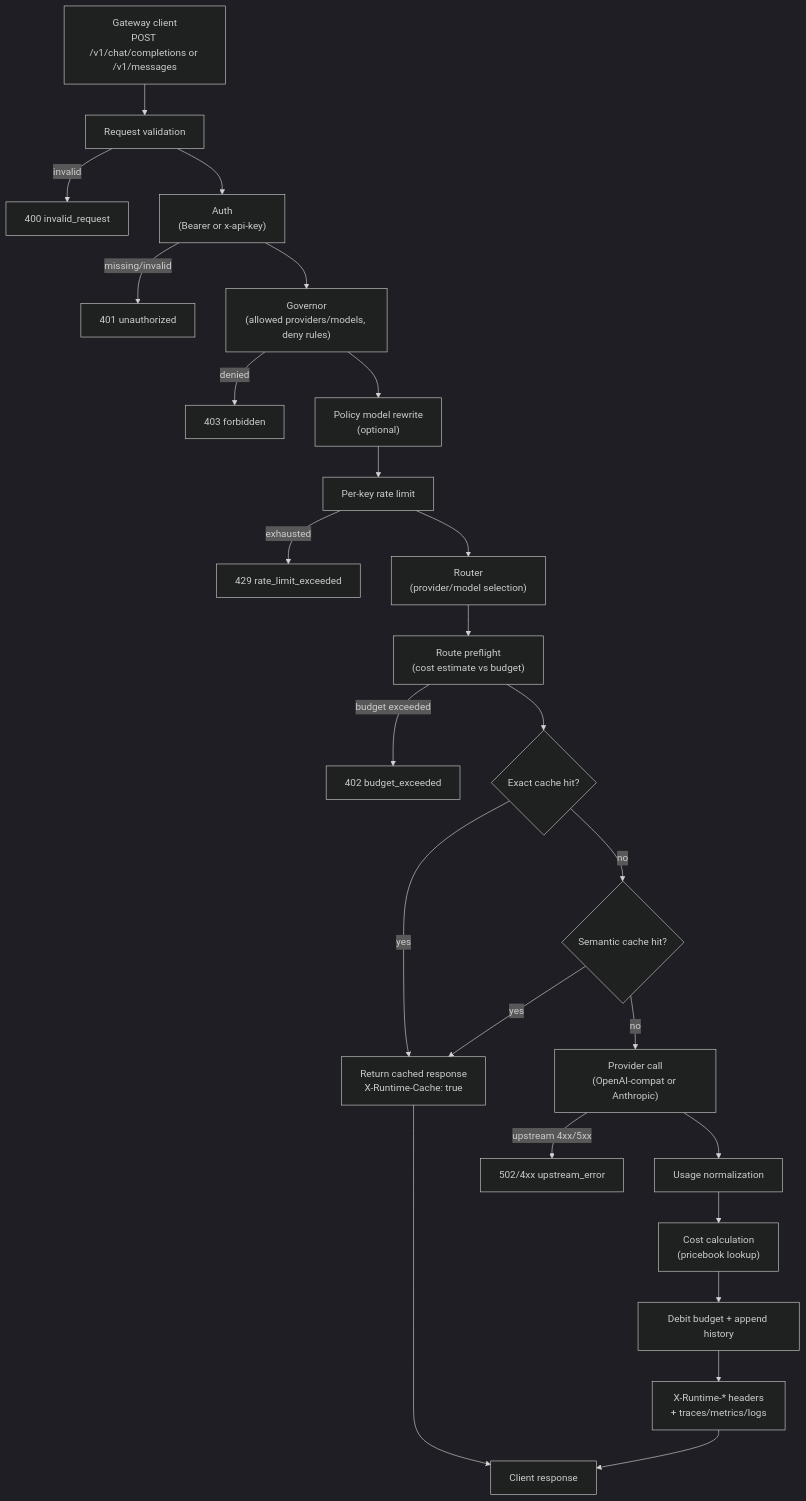
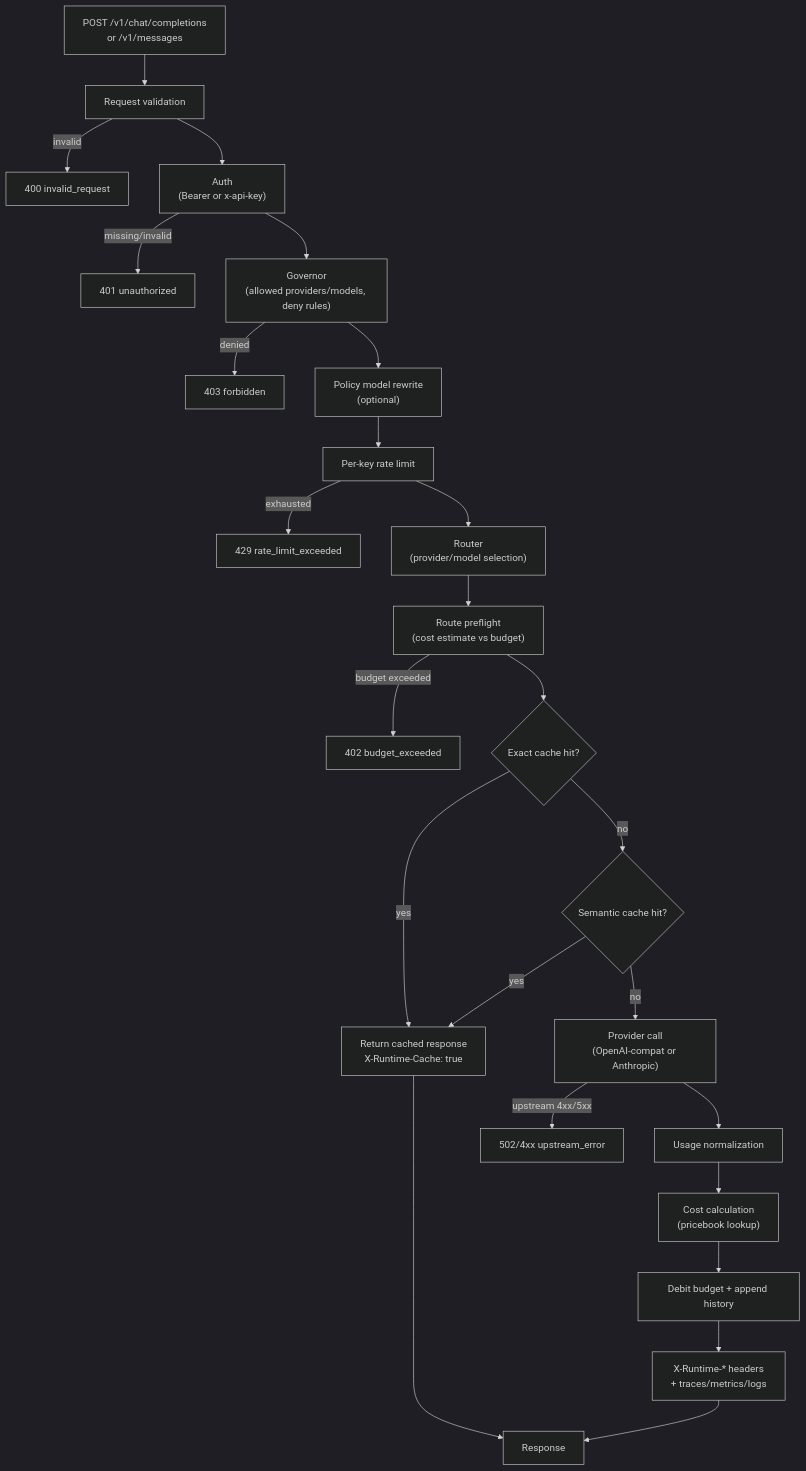
Before and after one commit to hecatehq/hecate: the first of 3 diagrams in docs/architecture.md, drawn with Mermaid (dark theme). The commit also changed other lines of this file and 3 other files, not shown here.

````diff
--- a/docs/architecture.md
+++ b/docs/architecture.md
@@ -19,27 +19,27 @@
 ```mermaid
 flowchart TD
-    Client["Gateway client<br/>POST /v1/chat/completions or /v1/messages"] --> Validate["Request validation"]
+    Caller["POST /v1/chat/completions<br/>or /v1/messages"] --> Validate["Request validation"]
     Validate -->|"invalid"| ErrInvalid["400 invalid_request"]
     Validate --> Auth["Auth<br/>(Bearer or x-api-key)"]
     Auth -->|"missing/invalid"| ErrAuth["401 unauthorized"]
     Auth --> Governor["Governor<br/>(allowed providers/models, deny rules)"]
     Governor -->|"denied"| ErrDenied["403 forbidden"]
     Governor --> Rewrite["Policy model rewrite<br/>(optional)"]
     Rewrite --> RateLimit["Per-key rate limit"]
     RateLimit -->|"exhausted"| ErrRateLimit["429 rate_limit_exceeded"]
     RateLimit --> Router["Router<br/>(provider/model selection)"]
     Router --> Preflight["Route preflight<br/>(cost estimate vs budget)"]
     Preflight -->|"budget exceeded"| ErrBudget["402 budget_exceeded"]
     Preflight --> ExactCache{"Exact cache hit?"}
     ExactCache -->|"yes"| CacheReturn["Return cached response<br/>X-Runtime-Cache: true"]
     ExactCache -->|"no"| SemanticCache{"Semantic cache hit?"}
     SemanticCache -->|"yes"| CacheReturn
     SemanticCache -->|"no"| Provider["Provider call<br/>(OpenAI-compat or Anthropic)"]
     Provider -->|"upstream 4xx/5xx"| ErrUpstream["502/4xx upstream_error"]
     Provider --> Usage["Usage normalization"]
     Usage --> Cost["Cost calculation<br/>(pricebook lookup)"]
     Cost --> RecordUsage["Debit budget + append history"]
     RecordUsage --> Telemetry["X-Runtime-* headers<br/>+ traces/metrics/logs"]
-    Telemetry --> Response["Client response"]
+    Telemetry --> Response["Response"]
     CacheReturn --> Response
 ```
````
